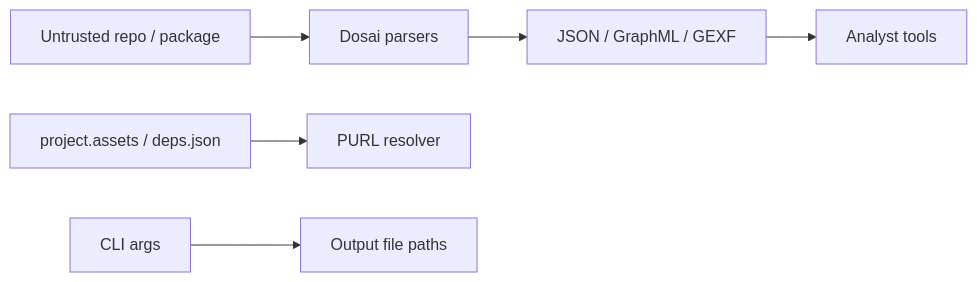
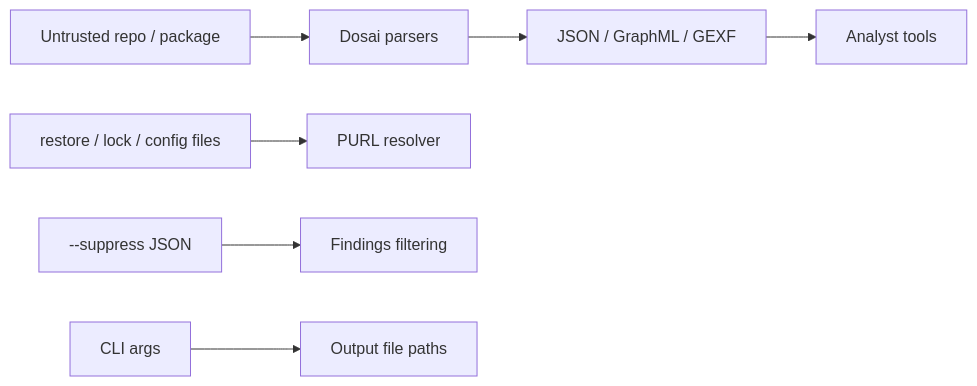
The diagram in docs/THREAT_MODEL.md (owasp-dep-scan/dosai), drawn with Mermaid before and after one commit. The commit also changed other lines of this file and 74 other files, not shown here.

Commit message:
Update docs, lessons, and code comments for schema 4.1.0 feature set (#50)

````diff
--- a/docs/THREAT_MODEL.md
+++ b/docs/THREAT_MODEL.md
@@ -19,8 +19,9 @@
 ```mermaid
 flowchart LR
     UntrustedRepo[Untrusted repo / package] --> Parser[Dosai parsers]
     Parser --> Output[JSON / GraphML / GEXF]
-    PackageMeta[project.assets / deps.json] --> PURL[PURL resolver]
+    PackageMeta[restore / lock / config files] --> PURL[PURL resolver]
+    Suppressions[--suppress JSON] --> Analyzer[Findings filtering]
     CLI[CLI args] --> OutputPaths[Output file paths]
     Output --> Analyst[Analyst tools]
 ```
````
